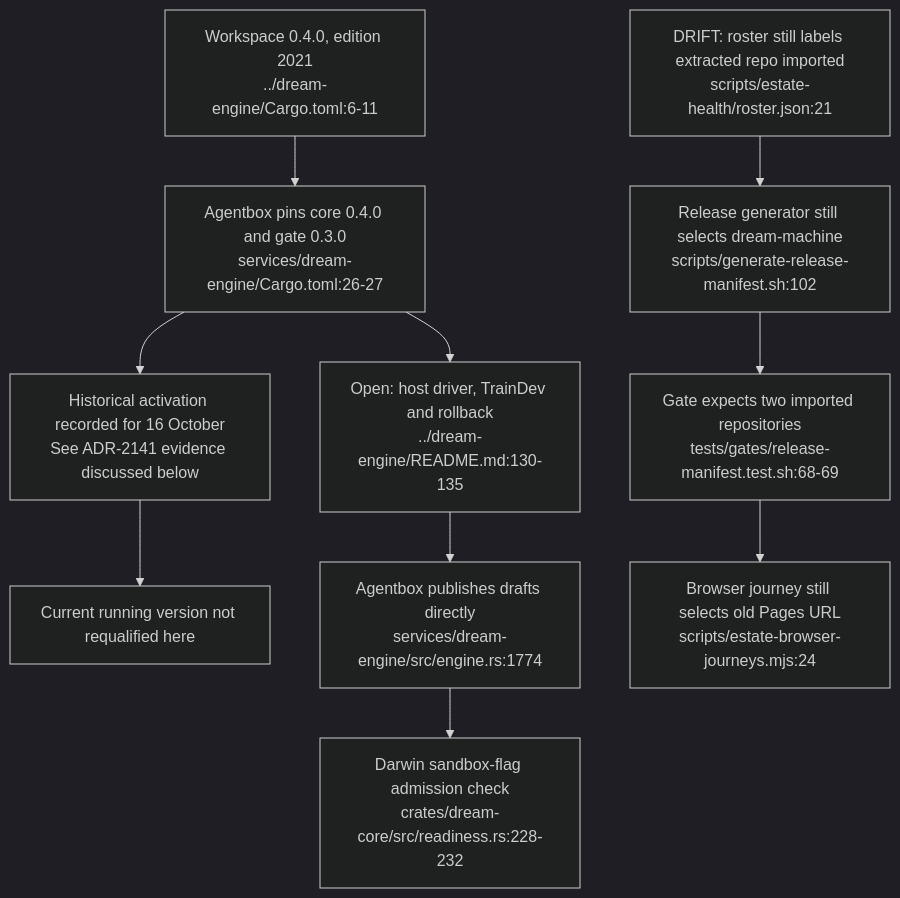
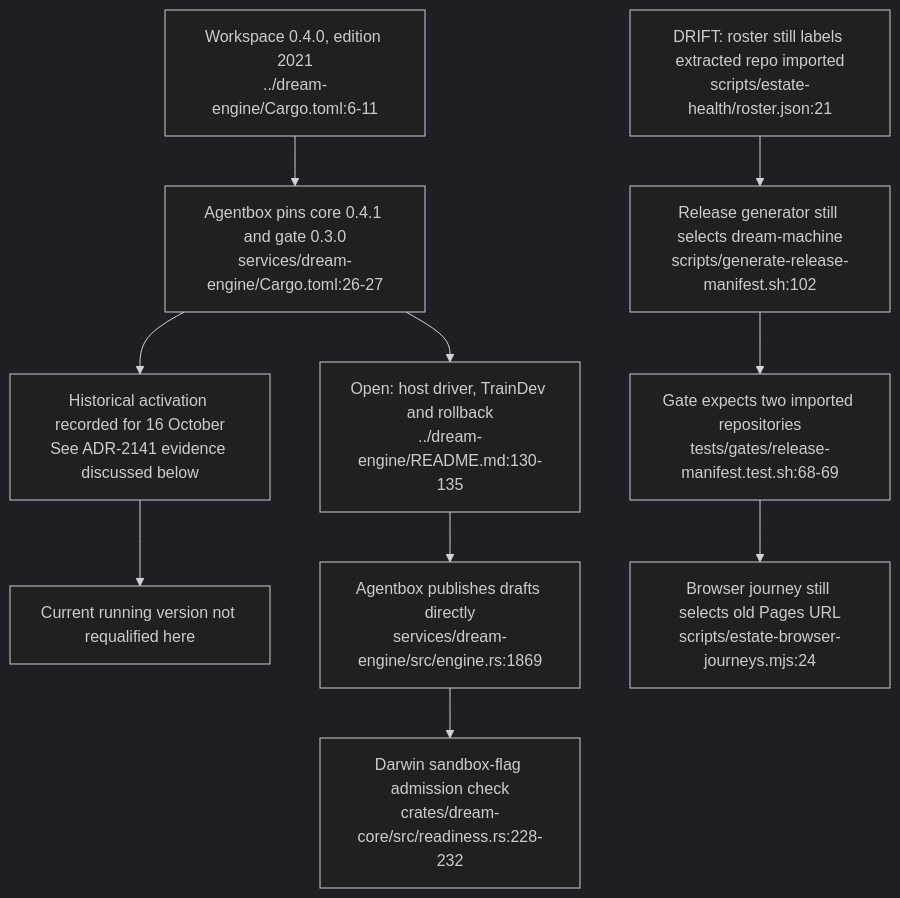
Before and after one commit to DreamLab-AI/VisionFlow: the second of 2 diagrams in docs/diagrams/dream-engine/01-crates-licence-boundary-and-estate-status.md, drawn with Mermaid (dark theme). The commit also changed other lines of this file and 36 other files, not shown here.

First line of the commit message:
docs(diagrams): re-derive and re-stamp agentbox, dream-engine, visioncraft, visiontouch and vowl topics; drop LAN addresses

````diff
--- a/docs/diagrams/dream-engine/01-crates-licence-boundary-and-estate-status.md
+++ b/docs/diagrams/dream-engine/01-crates-licence-boundary-and-estate-status.md
@@ -60,12 +60,12 @@
 ```mermaid
 flowchart TB
-    LOCAL["Workspace 0.4.0, edition 2021<br/>../dream-engine/Cargo.toml:6-11"] --> PIN["Agentbox pins core 0.4.0 and gate 0.3.0<br/>services/dream-engine/Cargo.toml:26-27"]
+    LOCAL["Workspace 0.4.0, edition 2021<br/>../dream-engine/Cargo.toml:6-11"] --> PIN["Agentbox pins core 0.4.1 and gate 0.3.0<br/>services/dream-engine/Cargo.toml:26-27"]
     PIN --> HIST["Historical activation recorded for 16 October<br/>See ADR-2141 evidence discussed below"]
     HIST --> LIVE["Current running version not requalified here"]
     ROSTER["DRIFT: roster still labels extracted repo imported<br/>scripts/estate-health/roster.json:21"] --> MANIFEST["Release generator still selects dream-machine<br/>scripts/generate-release-manifest.sh:102"]
     MANIFEST --> TEST["Gate expects two imported repositories<br/>tests/gates/release-manifest.test.sh:68-69"]
     TEST --> BROWSER["Browser journey still selects old Pages URL<br/>scripts/estate-browser-journeys.mjs:24"]
     PIN --> LIMITS["Open: host driver, TrainDev and rollback<br/>../dream-engine/README.md:130-135"]
-    LIMITS --> DRAFT["Agentbox publishes drafts directly<br/>services/dream-engine/src/engine.rs:1774"]
+    LIMITS --> DRAFT["Agentbox publishes drafts directly<br/>services/dream-engine/src/engine.rs:1869"]
     DRAFT --> ADMIT["Darwin sandbox-flag admission check<br/>crates/dream-core/src/readiness.rs:228-232"]
 ```
````
